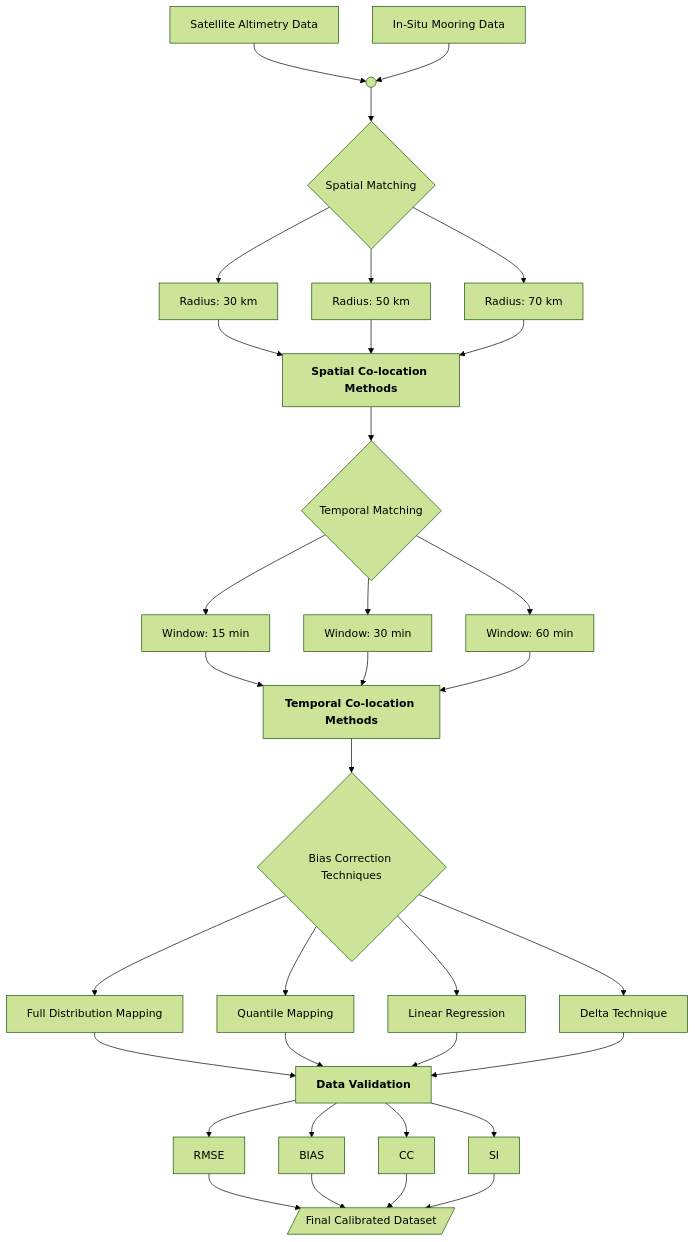
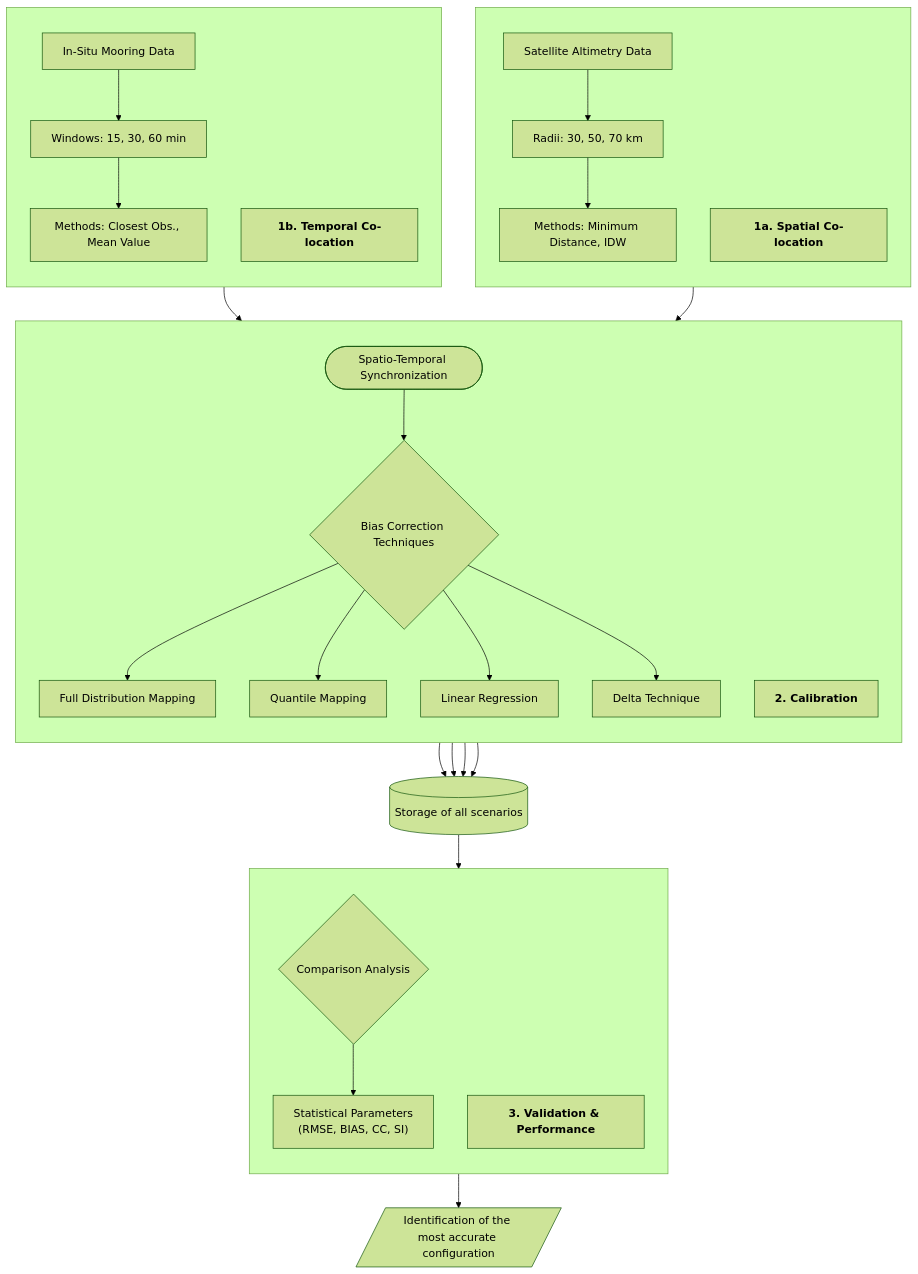
Before and after one commit to EduardSala/Thesis: the diagram in README.md, drawn with Mermaid (forest theme).

Commit message:
Update README with flowchart for data processing

````diff
--- a/README.md
+++ b/README.md
@@ -32,42 +32,50 @@
 ```mermaid
 graph TD
     %% Input
-    SAT[Satellite Altimetry Data] --> START(( ))
-    INS[In-Situ Mooring Data] --> START
-    START --> SPACE{Spatial Matching}
+    SAT[Satellite Altimetry Data]
+    INS[In-Situ Mooring Data]
 
-    %% Sezione Spaziale
-    SPACE --> R30[Radius: 30 km]
-    SPACE --> R50[Radius: 50 km]
-    SPACE --> R70[Radius: 70 km]
+    %% Flusso Satellite (Spazio)
+    subgraph ST [ ]
+        direction TB
+        L1[<b>1a. Spatial Co-location</b>]
+        SAT --> R[Radii: 30, 50, 70 km]
+        R --> S_MET[Methods: Minimum Distance, IDW]
+    end
+
+    %% Flusso Mooring (Tempo)
+    subgraph TT [ ]
+        direction TB
+        L2[<b>1b. Temporal Co-location</b>]
+        INS --> W[Windows: 15, 30, 60 min]
+        W --> T_MET[Methods: Closest Obs., Mean Value]
+    end
+
+    %% Punto di Sincronizzazione
+    S_MET --> SYNC([Spatio-Temporal Synchronization])
+    T_MET --> SYNC
+
+    %% Processing
+    subgraph CP [ ]
+        direction TB
+        L3[<b>2. Calibration </b>]
+        SYNC --> BC{Bias Correction Techniques}
+        BC --> BC1[Full Distribution Mapping]
+        BC --> BC2[Quantile Mapping]
+        BC --> BC3[Linear Regression]
+        BC --> BC4[Delta Technique]
+    end
+
+    %% Output e Validazione
+    BC1 & BC2 & BC3 & BC4 --> SAVE[(Storage of all scenarios)]
     
-    R30 & R50 & R70 --> S_METHODS[<b>Spatial Co-location Methods</b>]
+    SAVE --> COMP{Comparison Analysis}
 
-    %% Sezione Temporale
-    S_METHODS --> TIME{Temporal Matching}
-    
-    TIME --> T15[Window: 15 min]
-    TIME --> T30[Window: 30 min]
-    TIME --> T60[Window: 60 min]
-    
-    T15 & T30 & T60 --> T_METHODS[<b>Temporal Co-location Methods</b>]
+    subgraph VR [ ]
+        direction TB
+        L4[<b>3. Validation & Performance</b>]
+        COMP --> METRICS["Statistical Parameters<br/>(RMSE, BIAS, CC, SI)"]
+    end
 
-    %% Sezione Bias Correction
-    T_METHODS --> BC_START{Bias Correction Techniques}
-    
-    BC_START --> BC1[Full Distribution Mapping]
-    BC_START --> BC2[Quantile Mapping]
-    BC_START --> BC3[Linear Regression]
-    BC_START --> BC4[Delta Technique]
-
-    %% Sezione Validazione (Metriche)
-    BC1 & BC2 & BC3 & BC4 --> VAL[<b>Data Validation</b>]
-    
-    VAL --> RMSE[RMSE]
-    VAL --> BIAS_M[BIAS]
-    VAL --> CC[CC]
-    VAL --> SI[SI]
-
-    %% Risultato Finale
-    RMSE & BIAS_M & CC & SI --> FINAL[/Final Calibrated Dataset/]
+    METRICS --> FINAL[/Identification of the most accurate configuration/]
 ```
````
